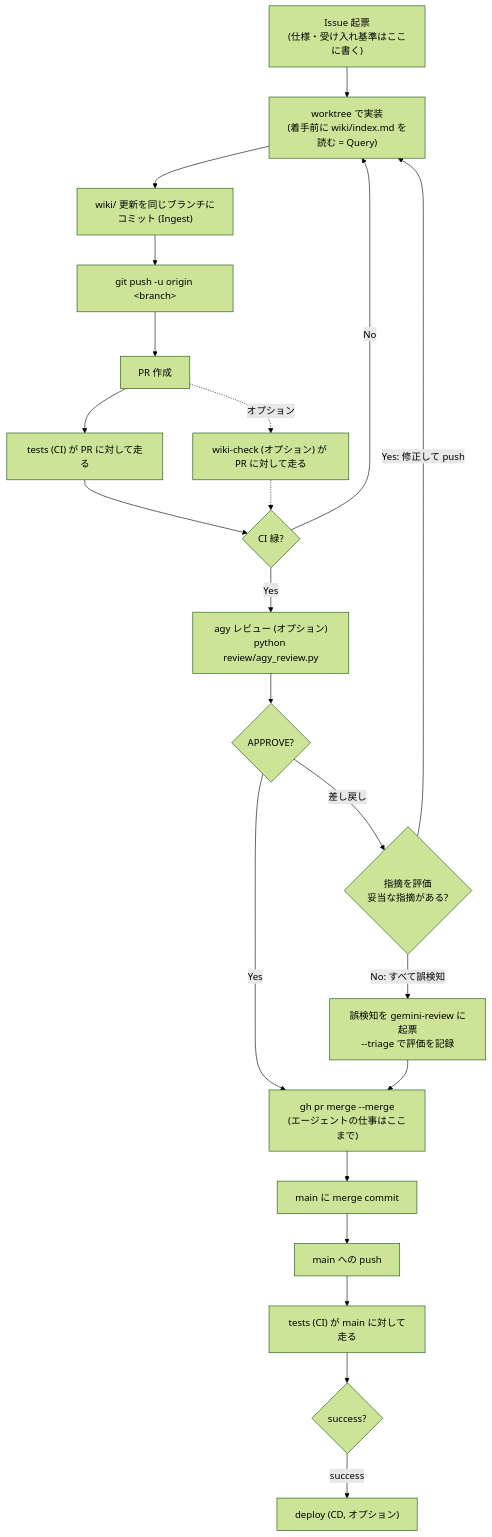
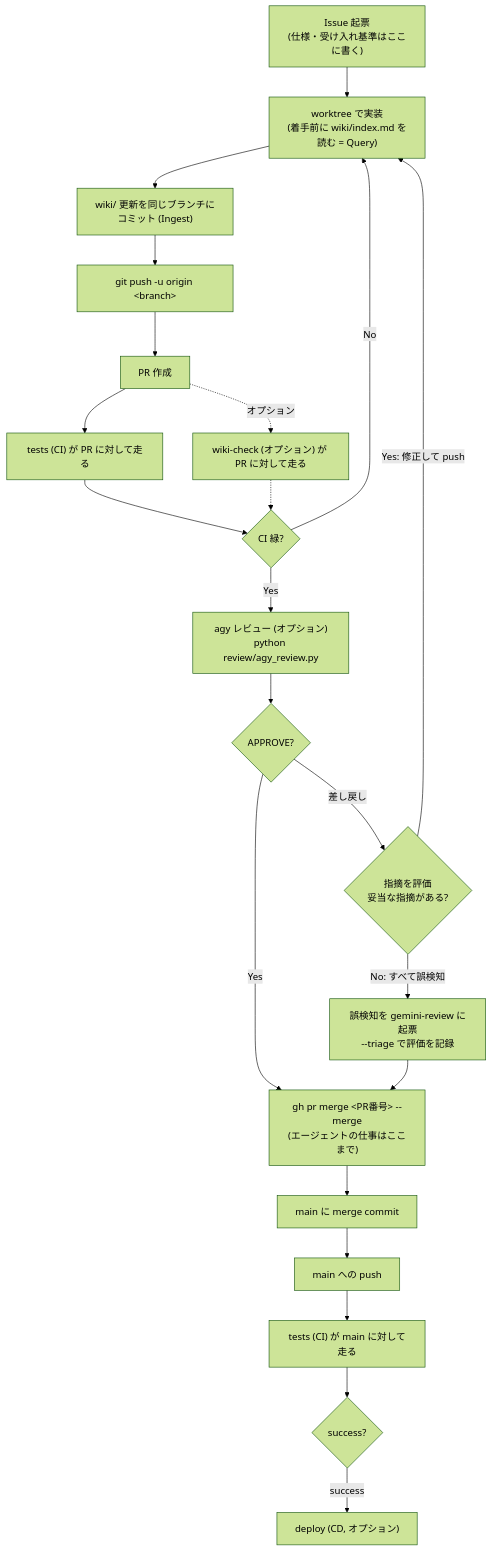
The diagram in docs/development_workflow.md (kant0123/ai-coding-template-mod-gemini-review), drawn with Mermaid (forest theme) before and after one commit. The commit also changed 3 other files, not shown here.

````diff
--- a/docs/development_workflow.md
+++ b/docs/development_workflow.md
@@ -21,35 +21,35 @@
 ```mermaid
 flowchart TD
     issue["Issue 起票<br/>(仕様・受け入れ基準はここに書く)"]
     worktree["worktree で実装<br/>(着手前に wiki/index.md を読む = Query)"]
     wikiUpdate["wiki/ 更新を同じブランチにコミット (Ingest)"]
     push["git push -u origin &lt;branch&gt;"]
     pr["PR 作成"]
     prTests["tests (CI) が PR に対して走る"]
     wikiCheck["wiki-check (オプション) が PR に対して走る"]
     gate{"CI 緑?"}
     review["agy レビュー (オプション)<br/>python review/agy_review.py"]
     verdict{"APPROVE?"}
     triage{"指摘を評価<br/>妥当な指摘がある?"}
     fp["誤検知を gemini-review に起票<br/>--triage で評価を記録"]
-    merge["gh pr merge --merge<br/>(エージェントの仕事はここまで)"]
+    merge["gh pr merge &lt;PR番号&gt; --merge<br/>(エージェントの仕事はここまで)"]
     mainCommit["main に merge commit"]
     mainPush["main への push"]
     mainTests["tests (CI) が main に対して走る"]
     deploySuccess{"success?"}
     deploy["deploy (CD, オプション)"]
 
     issue --> worktree --> wikiUpdate --> push --> pr
     pr --> prTests
     pr -.オプション.-> wikiCheck
     prTests --> gate
     wikiCheck -.-> gate
     gate -->|No| worktree
     gate -->|Yes| review --> verdict
     verdict -->|Yes| merge
     verdict -->|差し戻し| triage
     triage -->|Yes: 修正して push| worktree
     triage -->|No: すべて誤検知| fp --> merge
     merge --> mainCommit --> mainPush --> mainTests --> deploySuccess
     deploySuccess -->|success| deploy
 ```
````
